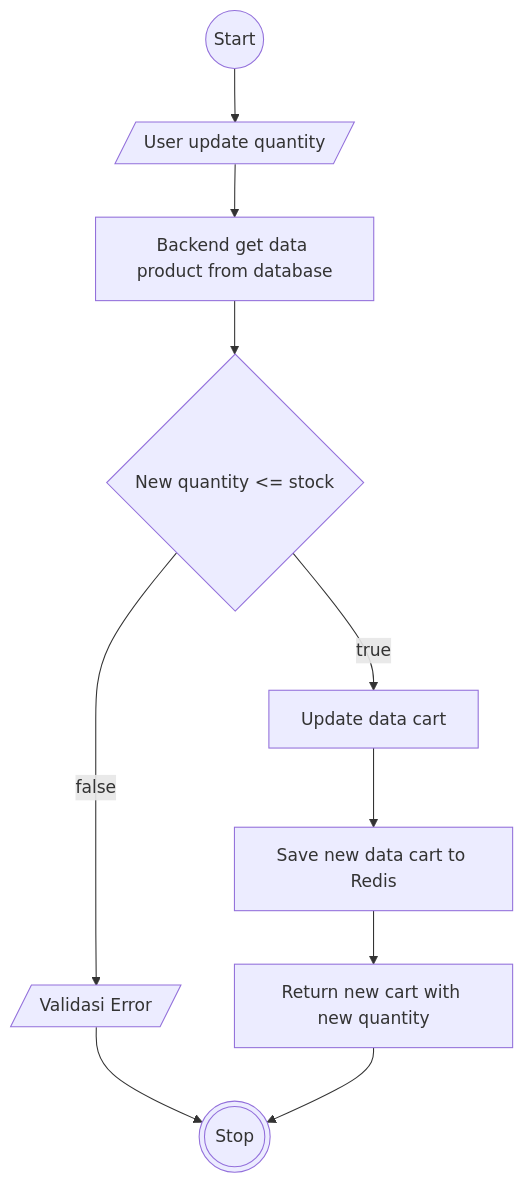
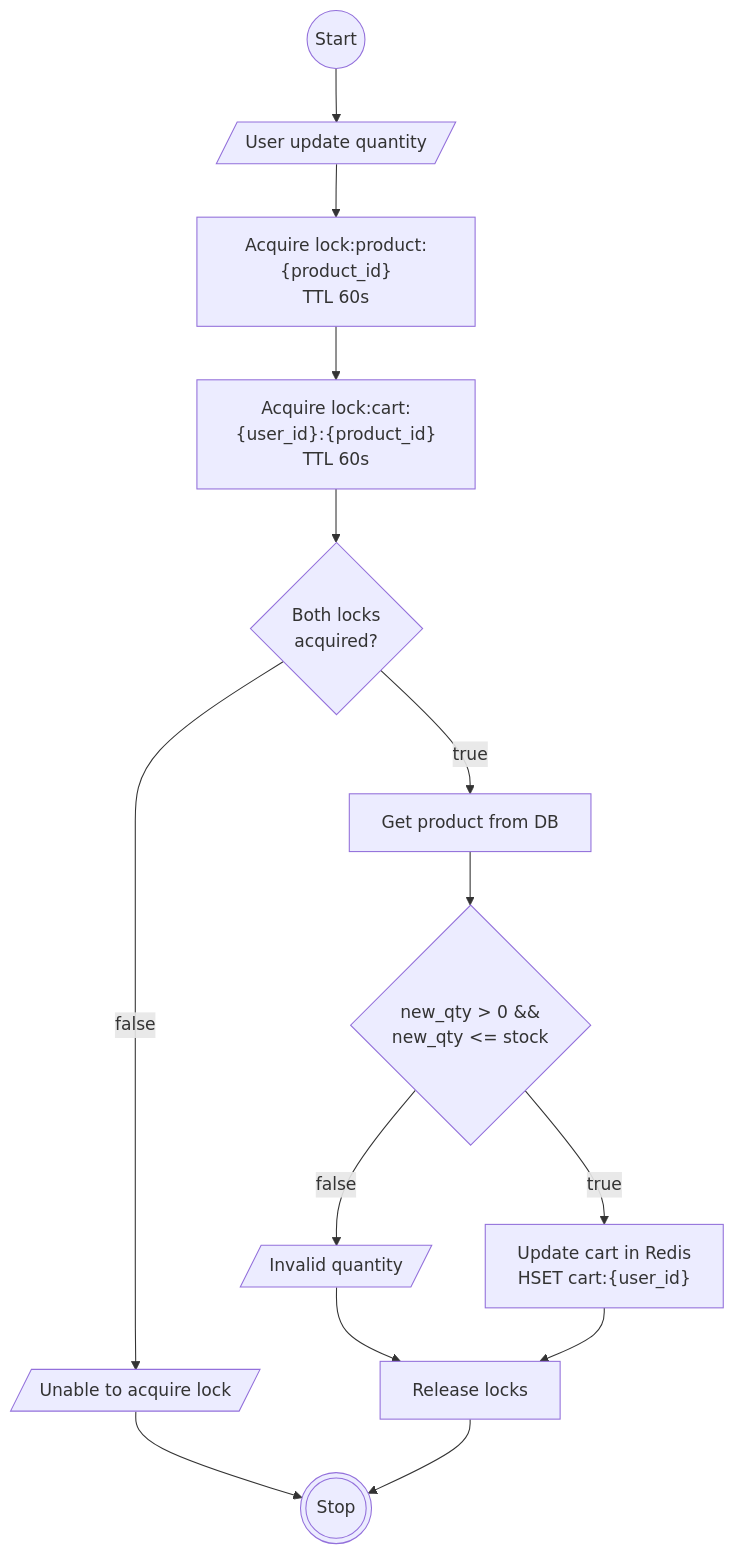
The fourth of 8 diagrams in README.md (ItsnaMaulanaHasan/system-design-carts-system), drawn with Mermaid before and after one commit.

Commit message:
feat: update flowchart update quantity

````diff
--- a/README.md
+++ b/README.md
@@ -200,19 +200,29 @@
 ```mermaid
 flowchart TD
     Start@{ shape: circle, label: "Start" }
     Stop@{ shape: dbl-circ, label: "Stop" }
 
     UserUpdate@{ shape: lean-r, label: "User update quantity" }
-    BackendGet@{ shape: rect, label: "Backend get data product from database" }
 
-    CheckStock@{ shape: diamond, label: "New quantity <= stock" }
-    ReturnError@{ shape: lean-r, label: "Validasi Error" }
-    UpdateCart@{ shape: rect, label: "Update data cart" }
-    SaveToRedis@{ shape: rect, label: "Save new data cart to Redis" }
-    ReturnNewCart@{ shape: rect, label: "Return new cart with new quantity" }
+    TryLockProduct@{ shape: rect, label: "Acquire lock:product:{product_id}<br/>TTL 60s" }
+    TryLockCart@{ shape: rect, label: "Acquire lock:cart:{user_id}:{product_id}<br/>TTL 60s" }
 
-    Start --> UserUpdate --> BackendGet --> CheckStock
+    LockOK@{ shape: diamond, label: "Both locks<br/>acquired?" }
+    ErrorLock@{ shape: lean-r, label: "Unable to acquire lock" }
 
-    CheckStock -- false --> ReturnError --> Stop
-    CheckStock -- true --> UpdateCart --> SaveToRedis --> ReturnNewCart --> Stop
+    GetProduct@{ shape: rect, label: "Get product from DB" }
+    ValidateStock@{ shape: diamond, label: "new_qty > 0 &&<br/>new_qty <= stock" }
+
+    ErrorStock@{ shape: lean-r, label: "Invalid quantity" }
+
+    UpdateCart@{ shape: rect, label: "Update cart in Redis<br/>HSET cart:{user_id}" }
+    ReleaseLocks@{ shape: rect, label: "Release locks" }
+
+    Start --> UserUpdate --> TryLockProduct --> TryLockCart --> LockOK
+
+    LockOK -- false --> ErrorLock --> Stop
+    LockOK -- true --> GetProduct --> ValidateStock
+
+    ValidateStock -- false --> ErrorStock --> ReleaseLocks
+    ValidateStock -- true --> UpdateCart --> ReleaseLocks --> Stop
 ```
````
